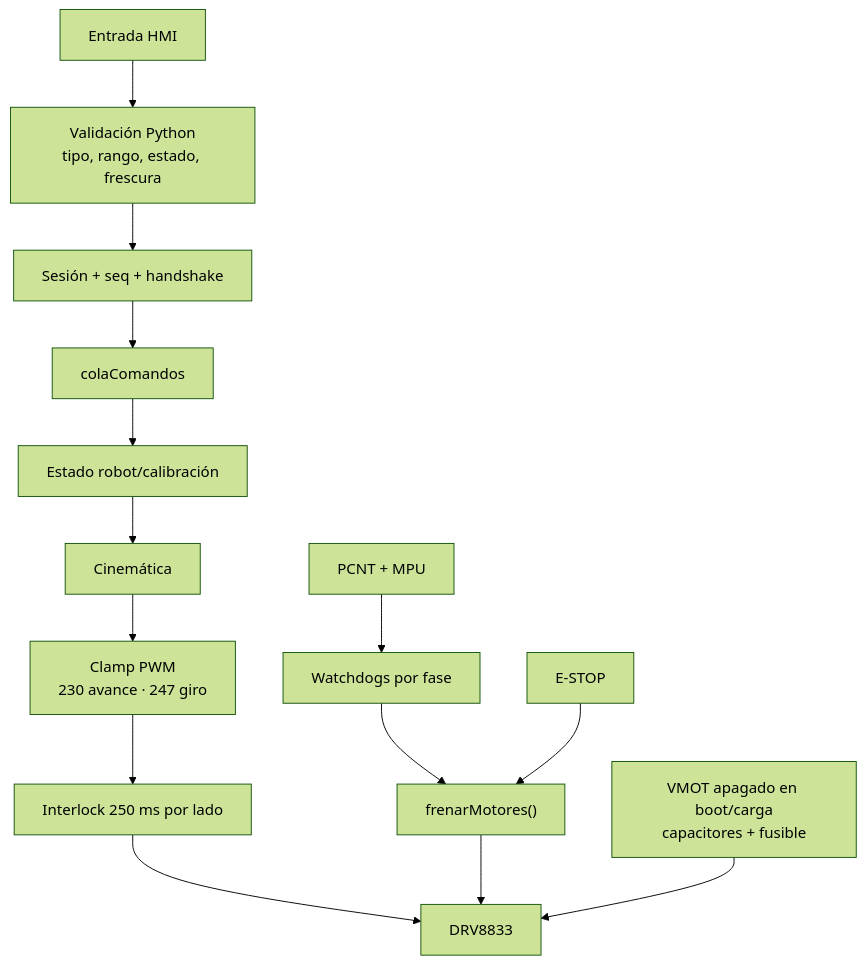
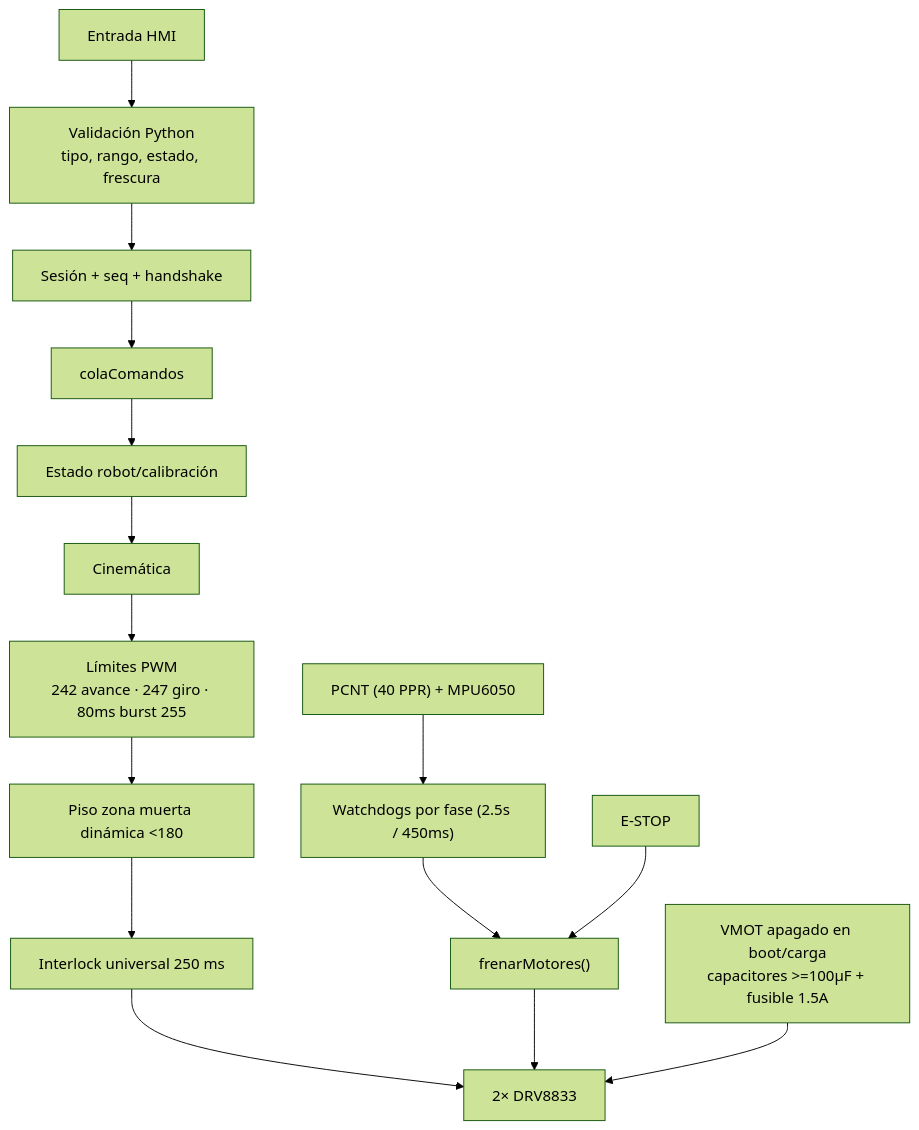
Diagram 15 of 19 in DIAGRAMA_SISTEMA_GENERAL.md (RubenAndresGome/carroTest3-For-Esp32-s3-wroom), drawn with Mermaid (forest theme) before and after one commit. The commit also changed other lines of this file and 369 other files, not shown here.

````diff
--- a/DIAGRAMA_SISTEMA_GENERAL.md
+++ b/DIAGRAMA_SISTEMA_GENERAL.md
@@ -450,16 +490,17 @@
 ```mermaid
 flowchart TB
     Input["Entrada HMI"] --> Validate["Validación Python<br/>tipo, rango, estado, frescura"]
     Validate --> Protocol["Sesión + seq + handshake"]
     Protocol --> Queue["colaComandos"]
     Queue --> State["Estado robot/calibración"]
     State --> Motion["Cinemática"]
-    Motion --> Clamp["Clamp PWM<br/>230 avance · 247 giro"]
-    Clamp --> Interlock["Interlock 250 ms por lado"]
-    Interlock --> DRV["DRV8833"]
-    Sensors["PCNT + MPU"] --> Watchdog["Watchdogs por fase"]
+    Motion --> Clamp["Límites PWM<br/>242 avance · 247 giro · 80ms burst 255"]
+    Clamp --> Deadband["Piso zona muerta dinámica <180"]
+    Deadband --> Interlock["Interlock universal 250 ms"]
+    Interlock --> DRV["2× DRV8833"]
+    Sensors["PCNT (40 PPR) + MPU6050"] --> Watchdog["Watchdogs por fase (2.5s / 450ms)"]
     Watchdog --> Stop["frenarMotores()"]
     Estop["E-STOP"] --> Stop
     Stop --> DRV
-    Physical["VMOT apagado en boot/carga<br/>capacitores + fusible"] --> DRV
+    Physical["VMOT apagado en boot/carga<br/>capacitores >=100µF + fusible 1.5A"] --> DRV
 ```
````
